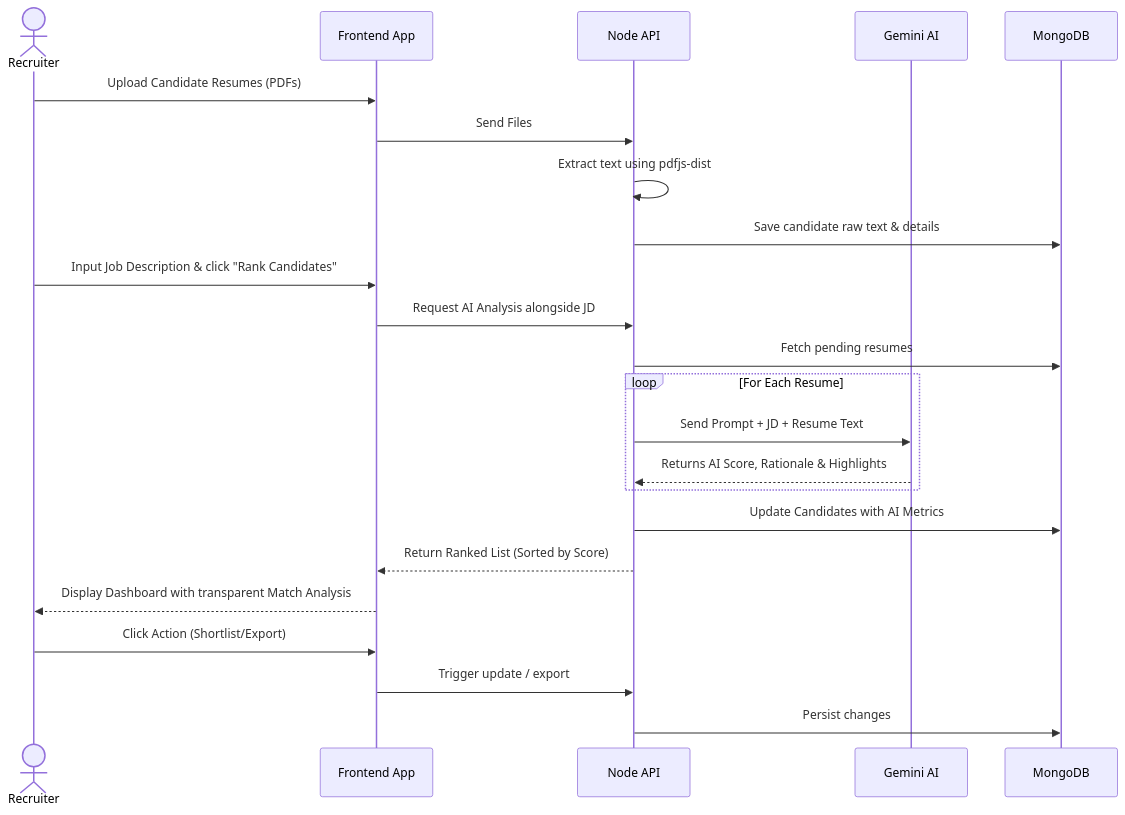
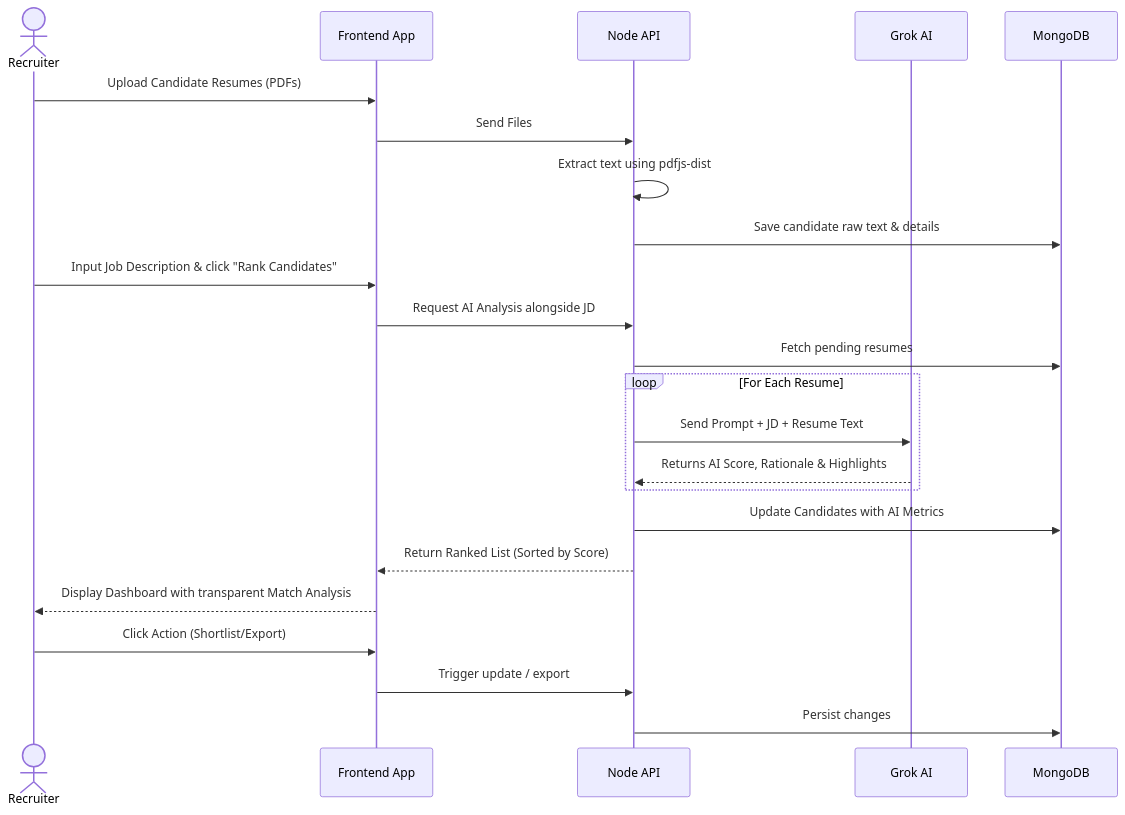
One commit to NileshKonkankar/hiresight-ai changed the second of 2 diagrams in README.md. Above: the diagram before and after it, drawn with Mermaid. The commit also changed other lines of this file and 2 other files, not shown here.

Commit message:
feat: migrate AI integration from Google Gemini to xAI Grok and update environment configuration

````diff
--- a/README.md
+++ b/README.md
@@ -60,30 +60,30 @@
 ```mermaid
 sequenceDiagram
     actor Recruiter
     participant UI as Frontend App
     participant API as Node API
-    participant AI as Gemini AI
+    participant AI as Grok AI
     participant DB as MongoDB
 
     Recruiter->>UI: Upload Candidate Resumes (PDFs)
     UI->>API: Send Files
     API->>API: Extract text using pdfjs-dist
     API->>DB: Save candidate raw text & details
     
     Recruiter->>UI: Input Job Description & click "Rank Candidates"
     UI->>API: Request AI Analysis alongside JD
     API->>DB: Fetch pending resumes
     
     loop For Each Resume
         API->>AI: Send Prompt + JD + Resume Text
         AI-->>API: Returns AI Score, Rationale & Highlights
     end
     
     API->>DB: Update Candidates with AI Metrics
     API-->>UI: Return Ranked List (Sorted by Score)
     UI-->>Recruiter: Display Dashboard with transparent Match Analysis
     
     Recruiter->>UI: Click Action (Shortlist/Export)
     UI->>API: Trigger update / export
     API->>DB: Persist changes
 ```
````
